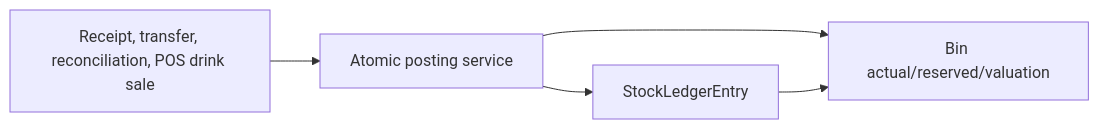
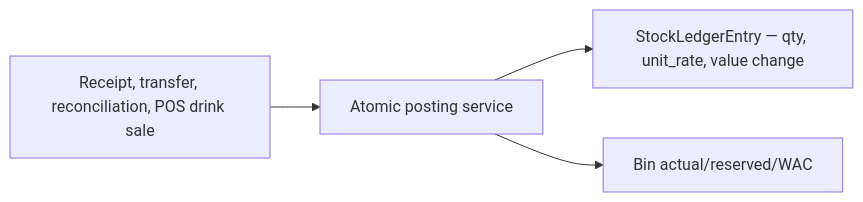
One commit to sanusi-dev/RestPOS changed the diagram in docs/workflows/inventory.md. Above: the diagram before and after it, drawn with Mermaid. The commit also changed other lines of this file and 105 other files, not shown here.

````diff
--- a/docs/workflows/inventory.md
+++ b/docs/workflows/inventory.md
@@ -7,10 +7,9 @@
 ```mermaid
 flowchart LR
     Source[Receipt, transfer, reconciliation, POS drink sale]
     Service[Atomic posting service]
-    SLE[StockLedgerEntry]
-    Bin[Bin actual/reserved/valuation]
+    SLE[StockLedgerEntry — qty, unit_rate, value change]
+    Bin[Bin actual/reserved/WAC]
     Source --> Service --> SLE
     Service --> Bin
-    SLE --> Bin
 ```
````
